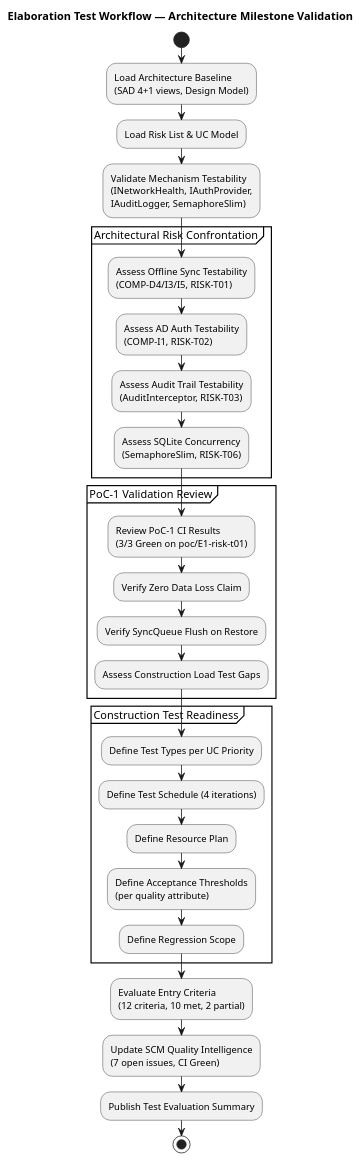
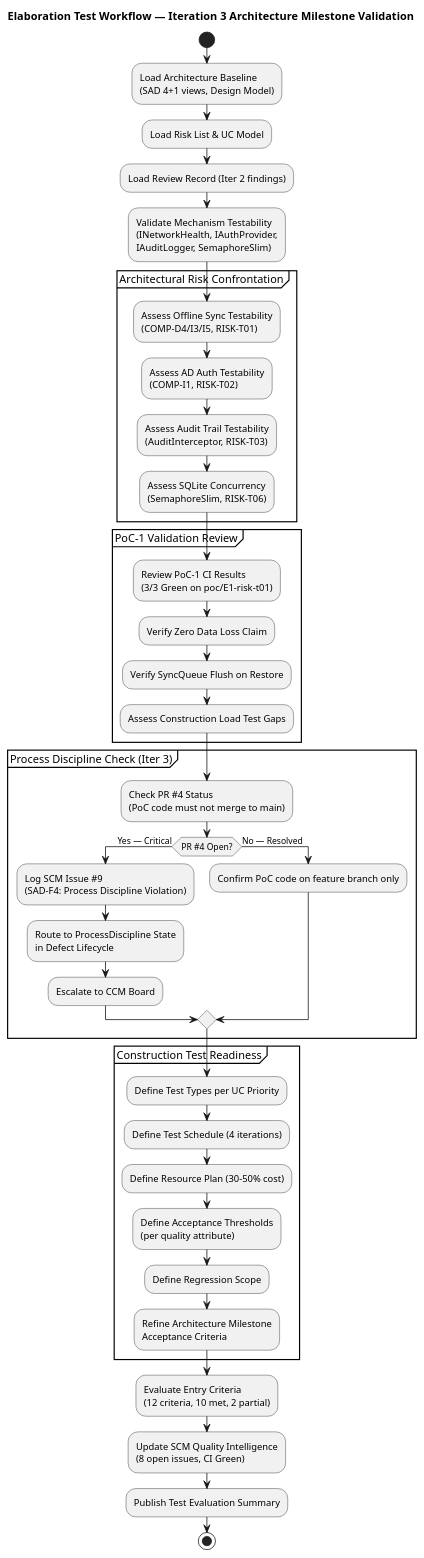
Before and after one commit to banense-test/demo-janke-lab: the first of 2 diagrams in docs/artifacts/test/test-evaluation-summary.md, drawn with PlantUML. The commit also changed other lines of this file, not shown here.

First line of the commit message:
Test Manager [E3]: upsert Test Evaluation Summary

````diff
--- a/docs/artifacts/test/test-evaluation-summary.md
+++ b/docs/artifacts/test/test-evaluation-summary.md
@@ -253,39 +208,53 @@
 ```plantuml
 @startuml
-title Elaboration Test Workflow — Architecture Milestone Validation
+title Elaboration Test Workflow — Iteration 3 Architecture Milestone Validation
 
 start
 
 :Load Architecture Baseline\n(SAD 4+1 views, Design Model);
 :Load Risk List & UC Model;
+:Load Review Record (Iter 2 findings);
+
 :Validate Mechanism Testability\n(INetworkHealth, IAuthProvider,\nIAuditLogger, SemaphoreSlim);
 
 partition "Architectural Risk Confrontation" {
   :Assess Offline Sync Testability\n(COMP-D4/I3/I5, RISK-T01);
   :Assess AD Auth Testability\n(COMP-I1, RISK-T02);
   :Assess Audit Trail Testability\n(AuditInterceptor, RISK-T03);
   :Assess SQLite Concurrency\n(SemaphoreSlim, RISK-T06);
 }
 
 partition "PoC-1 Validation Review" {
   :Review PoC-1 CI Results\n(3/3 Green on poc/E1-risk-t01);
   :Verify Zero Data Loss Claim;
   :Verify SyncQueue Flush on Restore;
   :Assess Construction Load Test Gaps;
 }
 
+partition "Process Discipline Check (Iter 3)" {
+  :Check PR #4 Status\n(PoC code must not merge to main);
+  if (PR #4 Open?) then (Yes — Critical)
+    :Log SCM Issue #9\n(SAD-F4: Process Discipline Violation);
+    :Route to ProcessDiscipline State\nin Defect Lifecycle;
+    :Escalate to CCM Board;
+  else (No — Resolved)
+    :Confirm PoC code on feature branch only;
+  endif
+}
+
 partition "Construction Test Readiness" {
   :Define Test Types per UC Priority;
   :Define Test Schedule (4 iterations);
-  :Define Resource Plan;
+  :Define Resource Plan (30-50% cost);
   :Define Acceptance Thresholds\n(per quality attribute);
   :Define Regression Scope;
+  :Refine Architecture Milestone\nAcceptance Criteria;
 }
 
 :Evaluate Entry Criteria\n(12 criteria, 10 met, 2 partial);
-:Update SCM Quality Intelligence\n(7 open issues, CI Green);
+:Update SCM Quality Intelligence\n(8 open issues, CI Green);
 :Publish Test Evaluation Summary;
 
 stop
 @enduml
 ```
````
